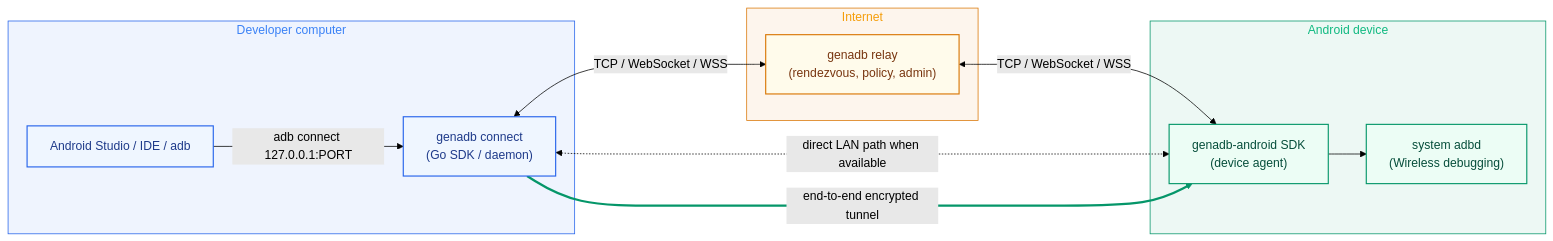
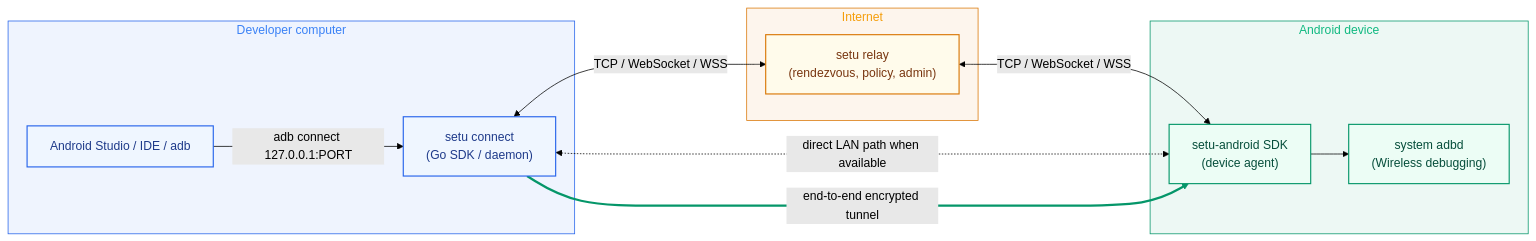
Before and after one commit to SumukhaK/New-GenADB: the first of 3 diagrams in README.md, drawn with Mermaid (forest theme). The commit also changed other lines of this file and 5 other files, not shown here.

First line of the commit message:
Docs and brand: Setu (Setu-SDK)

````diff
--- a/README.md
+++ b/README.md
@@ -45,27 +47,27 @@
 ```mermaid
 flowchart LR
     subgraph Dev["Developer computer"]
-        IDE["Android Studio / IDE / adb"] -->|"adb connect 127.0.0.1:PORT"| CA["genadb connect<br/>(Go SDK / daemon)"]
+        IDE["Android Studio / IDE / adb"] -->|"adb connect 127.0.0.1:PORT"| CA["setu connect<br/>(Go SDK / daemon)"]
     end
     subgraph Net["Internet"]
-        R["genadb relay<br/>(rendezvous, policy, admin)"]
+        R["setu relay<br/>(rendezvous, policy, admin)"]
     end
     subgraph Phone["Android device"]
-        DA["genadb-android SDK<br/>(device agent)"] --> ADBD["system adbd<br/>(Wireless debugging)"]
+        DA["setu-android SDK<br/>(device agent)"] --> ADBD["system adbd<br/>(Wireless debugging)"]
     end
     CA <-->|"TCP / WebSocket / WSS"| R
     R <-->|"TCP / WebSocket / WSS"| DA
     CA <-.->|"direct LAN path when available"| DA
     CA ==>|"end-to-end encrypted tunnel"| DA
 
     classDef dev fill:#EFF6FF,stroke:#2563EB,stroke-width:1.5px,color:#1E3A8A
     classDef relay fill:#FFFBEB,stroke:#D97706,stroke-width:1.5px,color:#78350F
     classDef phone fill:#ECFDF5,stroke:#059669,stroke-width:1.5px,color:#064E3B
     class IDE,CA dev
     class R relay
     class DA,ADBD phone
     style Dev fill:#2563EB12,stroke:#2563EB,stroke-width:1px,color:#3B82F6
     style Net fill:#D9770612,stroke:#D97706,stroke-width:1px,color:#F59E0B
     style Phone fill:#05966912,stroke:#059669,stroke-width:1px,color:#10B981
     linkStyle 5 stroke:#059669,stroke-width:3px
 ```
````
